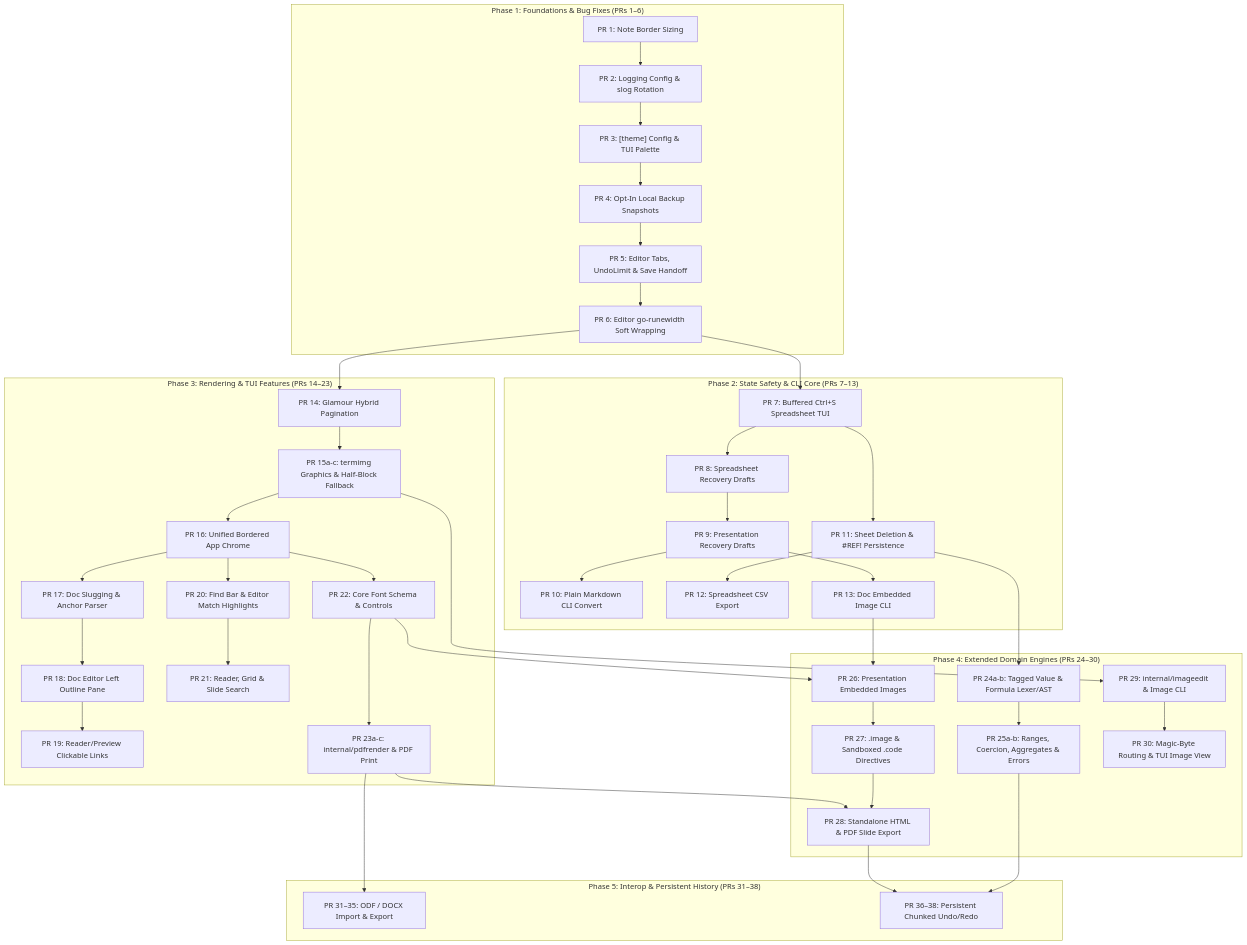
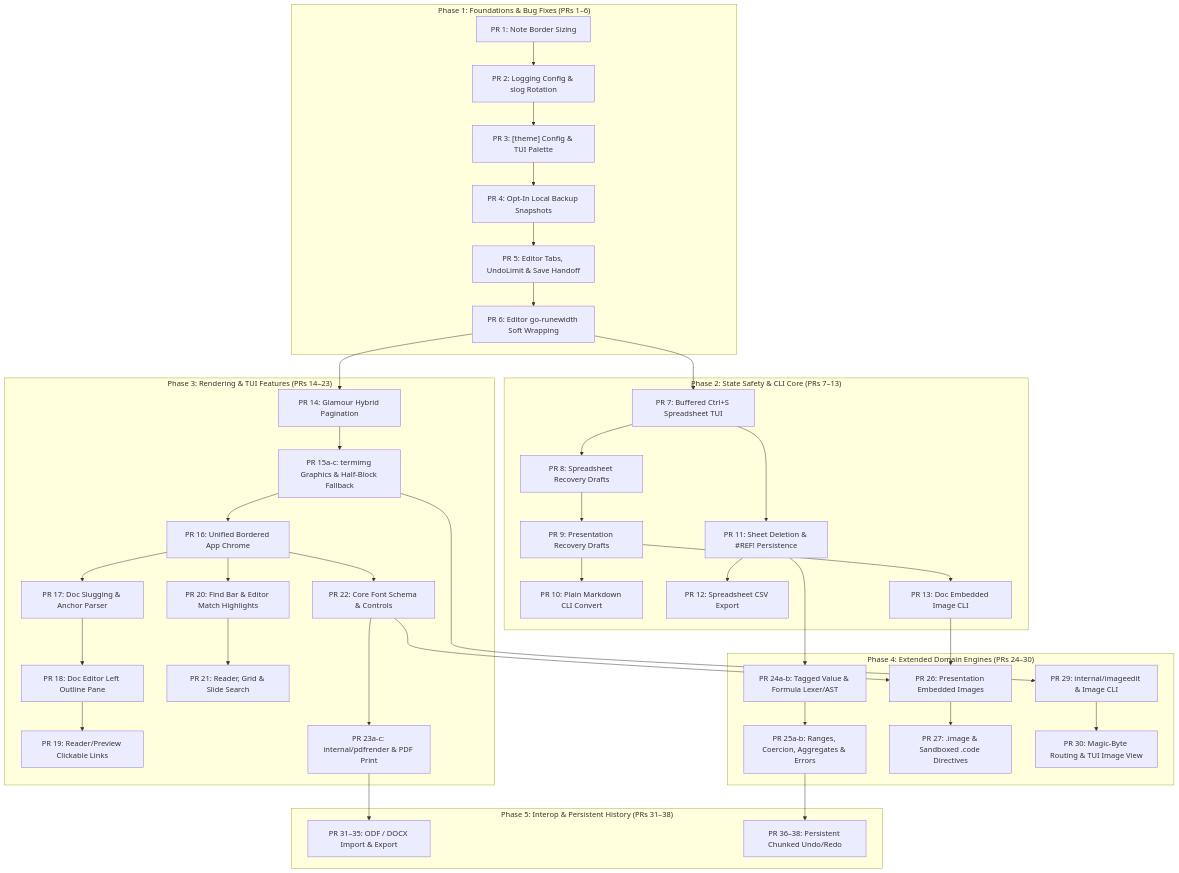
One commit to ramjac/parchment changed the diagram in FutureWork.md. Above: the diagram before and after it, drawn with Mermaid. The commit also changed other lines of this file and 27 other files, not shown here.

````diff
--- a/FutureWork.md
+++ b/FutureWork.md
@@ -753,51 +749,48 @@
 ```mermaid
 flowchart TD
     subgraph Phase1["Phase 1: Foundations & Bug Fixes (PRs 1–6)"]
         PR1["PR 1: Note Border Sizing"] --> PR2["PR 2: Logging Config & slog Rotation"]
         PR2 --> PR3["PR 3: [theme] Config & TUI Palette"]
         PR3 --> PR4["PR 4: Opt-In Local Backup Snapshots"]
         PR4 --> PR5["PR 5: Editor Tabs, UndoLimit & Save Handoff"]
         PR5 --> PR6["PR 6: Editor go-runewidth Soft Wrapping"]
     end
 
     subgraph Phase2["Phase 2: State Safety & CLI Core (PRs 7–13)"]
         PR6 --> PR7["PR 7: Buffered Ctrl+S Spreadsheet TUI"]
         PR7 --> PR8["PR 8: Spreadsheet Recovery Drafts"]
         PR8 --> PR9["PR 9: Presentation Recovery Drafts"]
         PR9 --> PR10["PR 10: Plain Markdown CLI Convert"]
         PR7 --> PR11["PR 11: Sheet Deletion & #REF! Persistence"]
         PR11 --> PR12["PR 12: Spreadsheet CSV Export"]
         PR9 --> PR13["PR 13: Doc Embedded Image CLI"]
     end
 
     subgraph Phase3["Phase 3: Rendering & TUI Features (PRs 14–23)"]
         PR6 --> PR14["PR 14: Glamour Hybrid Pagination"]
         PR14 --> PR15["PR 15a-c: termimg Graphics & Half-Block Fallback"]
         PR15 --> PR16["PR 16: Unified Bordered App Chrome"]
         PR16 --> PR17["PR 17: Doc Slugging & Anchor Parser"]
         PR17 --> PR18["PR 18: Doc Editor Left Outline Pane"]
         PR18 --> PR19["PR 19: Reader/Preview Clickable Links"]
         PR16 --> PR20["PR 20: Find Bar & Editor Match Highlights"]
         PR20 --> PR21["PR 21: Reader, Grid & Slide Search"]
         PR16 --> PR22["PR 22: Core Font Schema & Controls"]
         PR22 --> PR23["PR 23a-c: internal/pdfrender & PDF Print"]
     end
 
     subgraph Phase4["Phase 4: Extended Domain Engines (PRs 24–30)"]
         PR11 --> PR24["PR 24a-b: Tagged Value & Formula Lexer/AST"]
         PR24 --> PR25["PR 25a-b: Ranges, Coercion, Aggregates & Errors"]
         PR13 --> PR26["PR 26: Presentation Embedded Images"]
         PR22 --> PR26
         PR26 --> PR27["PR 27: .image & Sandboxed .code Directives"]
-        PR27 --> PR28["PR 28: Standalone HTML & PDF Slide Export"]
-        PR23 --> PR28
         PR15 --> PR29["PR 29: internal/imageedit & Image CLI"]
         PR29 --> PR30["PR 30: Magic-Byte Routing & TUI Image View"]
     end
 
     subgraph Phase5["Phase 5: Interop & Persistent History (PRs 31–38)"]
         PR23 --> PR31["PR 31–35: ODF / DOCX Import & Export"]
         PR25 --> PR36["PR 36–38: Persistent Chunked Undo/Redo"]
-        PR28 --> PR36
     end
 ```
````
